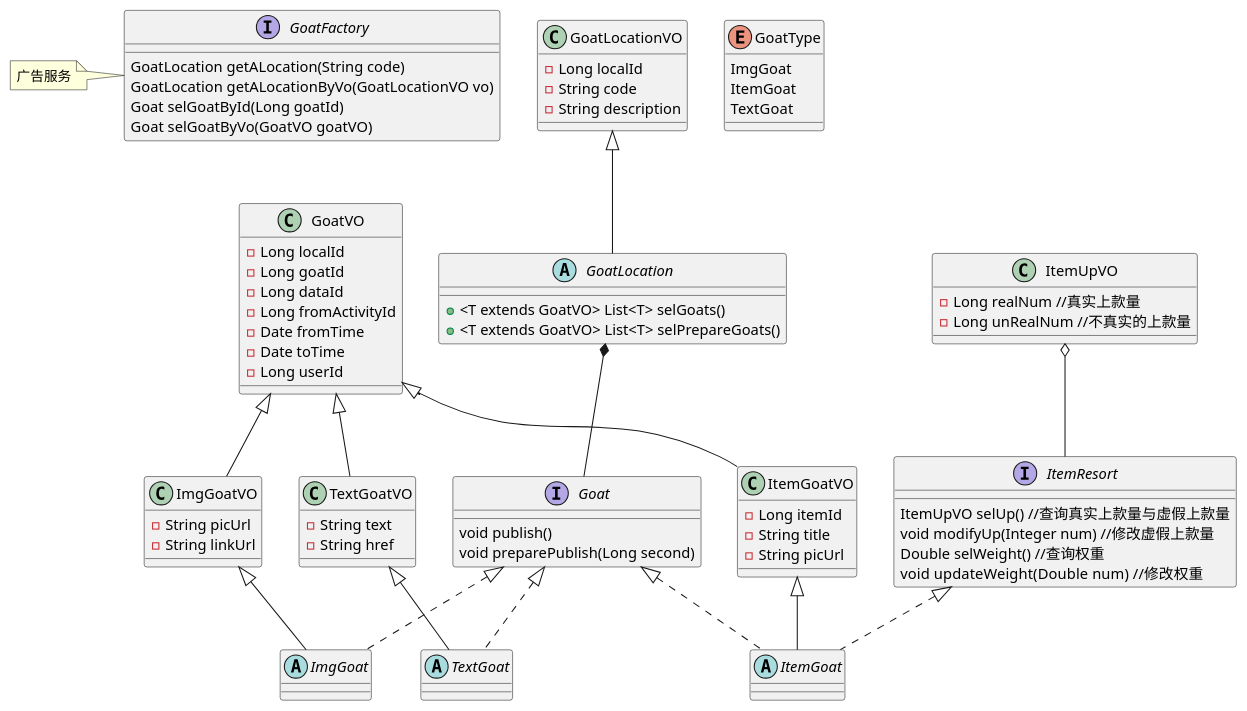
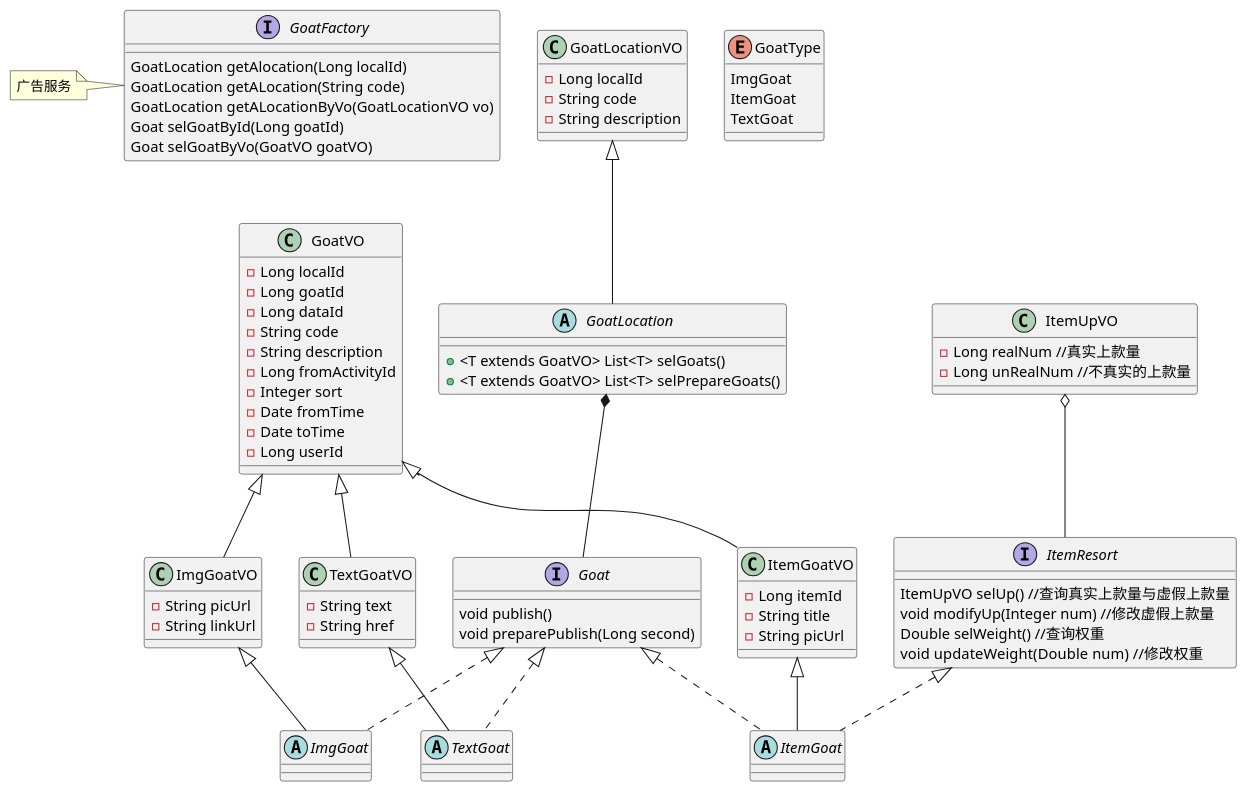
Before and after one commit to pogy/main-pom: the diagram in main4-spread/main4-spread-api/src/main/resources/goat_class.puml, drawn with PlantUML. The commit also changed 30 other files, not shown here.

```diff
--- a/main4-spread/main4-spread-api/src/main/resources/goat_class.puml
+++ b/main4-spread/main4-spread-api/src/main/resources/goat_class.puml
@@ -1,109 +1,113 @@
 @startuml
 
 class GoatLocationVO{
 -Long localId
 -String code
 -String description
 }
 
 abstract class GoatLocation{
 +<T extends GoatVO> List<T> selGoats()
 +<T extends GoatVO> List<T> selPrepareGoats()
 }
 
 interface Goat{
 
 void publish()
 void preparePublish(Long second)
 }
 
 enum GoatType{
 ImgGoat
 ItemGoat
 TextGoat
 }
 
 class GoatVO{
 -Long localId
 -Long goatId
 -Long dataId
+-String code
+-String description
 -Long fromActivityId
+-Integer sort
 -Date fromTime
 -Date toTime
 -Long userId
 }
 
 class ImgGoatVO{
 -String picUrl
 -String linkUrl
 }
 
 class TextGoatVO{
 -String text
 -String href
 }
 
 class ItemUpVO{
 -Long realNum //真实上款量
 -Long unRealNum //不真实的上款量
 }
 
 class ItemGoatVO{
 -Long itemId
 -String title
 -String picUrl
 }
 
 abstract class ImgGoat{
 
 }
 
 abstract class ItemGoat{
 
 }
 
 abstract class TextGoat{
 
 }
 
 interface ItemResort{
 ItemUpVO selUp() //查询真实上款量与虚假上款量
 void modifyUp(Integer num) //修改虚假上款量
 Double selWeight() //查询权重
 void updateWeight(Double num)  //修改权重
 }
 
 GoatLocationVO <|-- GoatLocation
 
 GoatLocation *-- Goat
 
 Goat <|.. ImgGoat
 
 Goat <|.. ItemGoat
 
 Goat <|.. TextGoat
 
 GoatVO <|-- ImgGoatVO
 GoatVO <|-- ItemGoatVO
 GoatVO <|-- TextGoatVO
 
 ImgGoatVO <|-- ImgGoat
 
 ItemGoatVO <|-- ItemGoat
 
 TextGoatVO <|-- TextGoat
 
 ItemResort <|.. ItemGoat
 
 ItemUpVO o-- ItemResort
 
 interface GoatFactory{
+GoatLocation getAlocation(Long localId)
 GoatLocation getALocation(String code)
 GoatLocation getALocationByVo(GoatLocationVO vo)
 Goat selGoatById(Long goatId)
 Goat selGoatByVo(GoatVO goatVO)
 }
 
 note left of GoatFactory:广告服务
 
 @enduml
```
